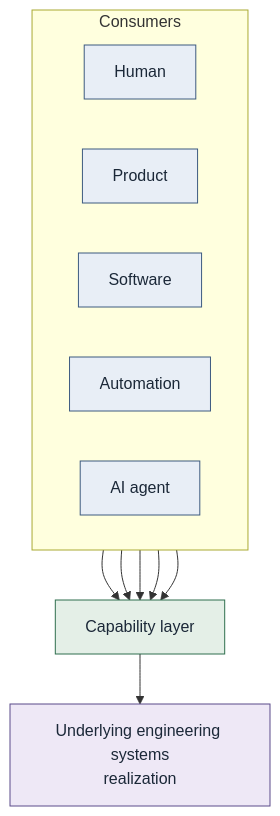
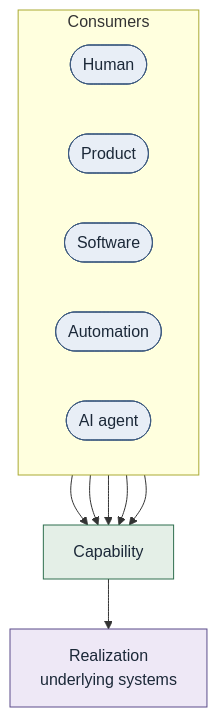
One commit to opsdevcode/convergence changed the diagram in diagrams/capability-consumers.md. Above: the diagram before and after it, drawn with Mermaid. The commit also changed other lines of this file and 24 other files, not shown here.

````diff
--- a/diagrams/capability-consumers.md
+++ b/diagrams/capability-consumers.md
@@ -6,25 +5,29 @@
 ```mermaid
 flowchart TB
   subgraph consumers["Consumers"]
     direction LR
-    Human["Human"]:::actor
-    Product["Product"]:::actor
-    Soft["Software"]:::actor
-    Auto["Automation"]:::actor
-    Agent["AI agent"]:::actor
+    Human(["Human"]):::intent
+    Product(["Product"]):::intent
+    Soft(["Software"]):::intent
+    Auto(["Automation"]):::intent
+    Agent(["AI agent"]):::intent
   end
 
-  Graph["Capability layer"]:::cap
-  Systems["Underlying engineering systems<br/>realization"]:::real
+  Graph["Capability"]:::cap
+  Systems["Realization<br/>underlying systems"]:::real
 
   Human --> Graph
   Product --> Graph
   Soft --> Graph
   Auto --> Graph
   Agent --> Graph
   Graph --> Systems
 
-  classDef actor fill:#E8EEF6,stroke:#3D5A80,color:#1B2838
+  classDef intent fill:#E8EEF6,stroke:#3D5A80,color:#1B2838
   classDef cap fill:#E4EFE7,stroke:#2F6F4E,color:#1B2838
+  classDef exp fill:#F4EFE4,stroke:#8A6A2F,color:#1B2838
   classDef real fill:#EEE8F6,stroke:#5B4B8A,color:#1B2838
+  classDef out fill:#F6E8EE,stroke:#8A4B63,color:#1B2838
+  classDef learn fill:#EEF4E8,stroke:#5A7A3A,color:#1B2838
+  classDef team fill:#F3F4F6,stroke:#6B7280,color:#111827
 ```
````
